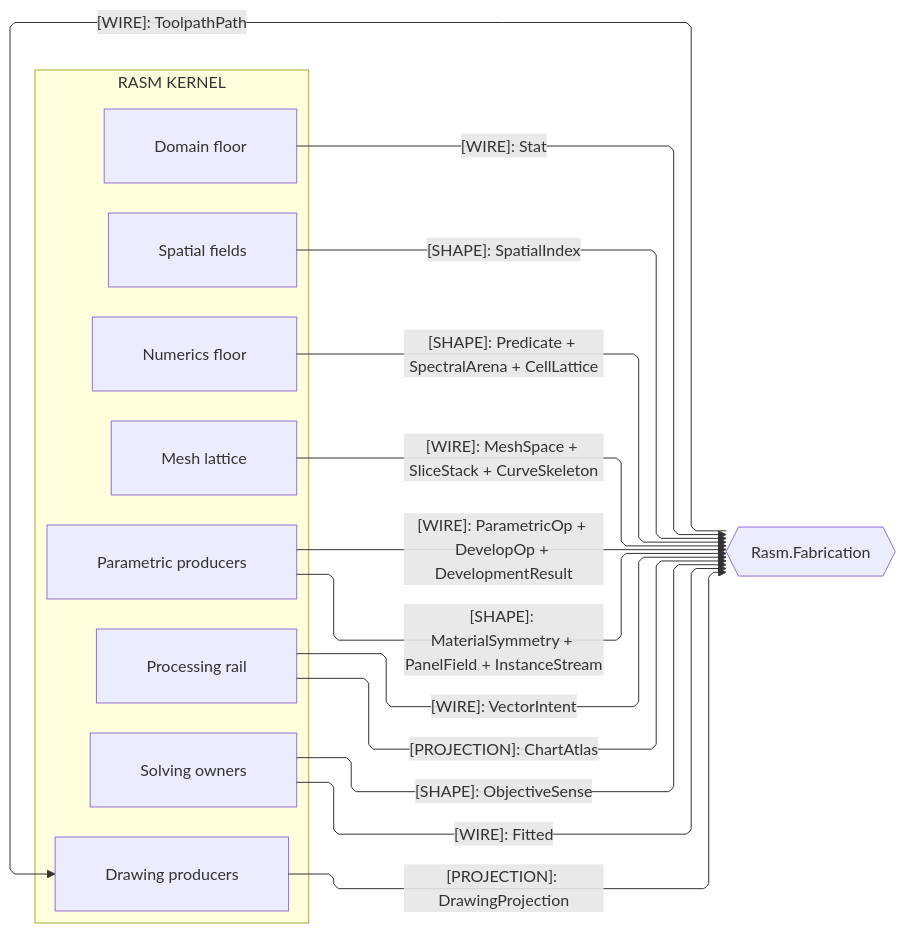
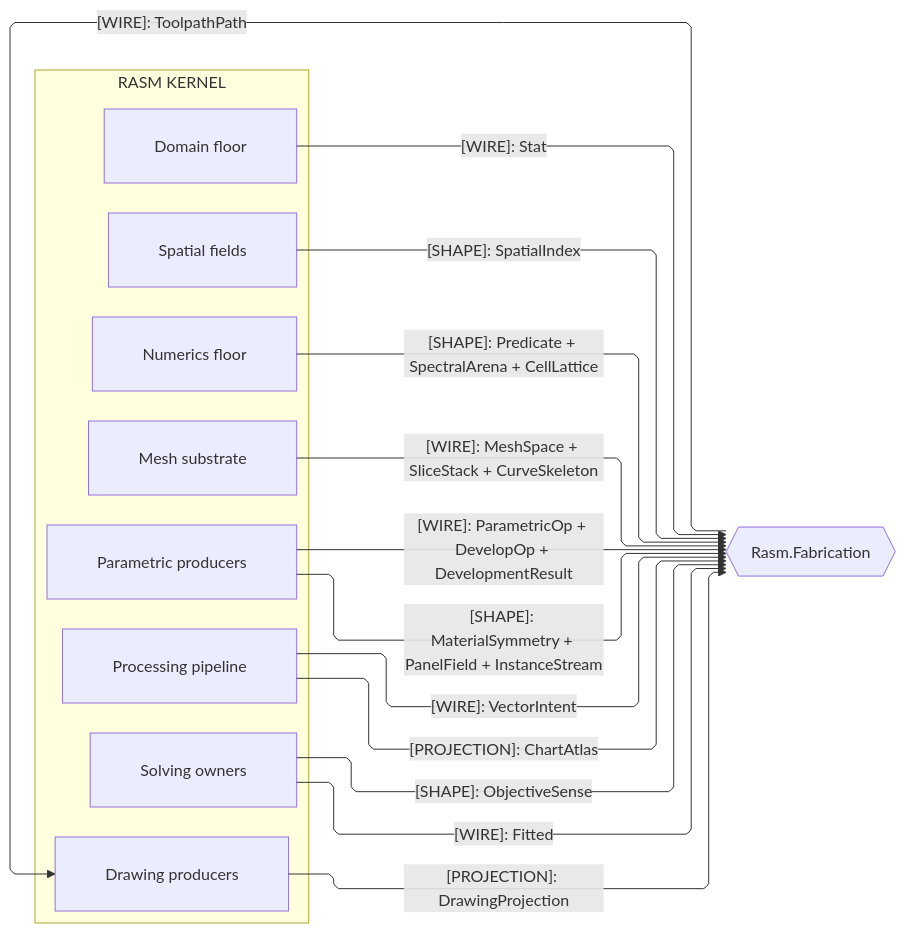
Before and after one commit to bsamiee/Rasm: the third of 4 diagrams in libs/dotnet/Rasm/ARCHITECTURE.md, drawn with Mermaid. The commit also changed other lines of this file and 1997 other files, not shown here.

````diff
--- a/libs/dotnet/Rasm/ARCHITECTURE.md
+++ b/libs/dotnet/Rasm/ARCHITECTURE.md
@@ -246,35 +246,35 @@
 ```mermaid
 ---
 config:
   layout: elk
   flowchart:
     curve: linear
     padding: 25
 ---
 flowchart LR
-    accTitle: Kernel fabrication seams
+    accTitle: Kernel fabrication boundaries
     accDescr: Kernel owners projecting substrate, algorithm, and drawing shapes to the fabrication peer and reading its posted toolpath pack back.
     subgraph rasm[RASM KERNEL]
         Domain[Domain floor]
         Spatial[Spatial fields]
         Numerics[Numerics floor]
-        Meshing[Mesh lattice]
+        Meshing[Mesh substrate]
         Parametric[Parametric producers]
-        Processing[Processing rail]
+        Processing[Processing pipeline]
         Solving[Solving owners]
         Drawing[Drawing producers]
     end
     Fabrication{{Rasm.Fabrication}}
     Domain e1@-->|"[WIRE]: Stat"| Fabrication
     Spatial e2@-->|"[SHAPE]: SpatialIndex"| Fabrication
     Numerics e3@-->|"[SHAPE]: Predicate + SpectralArena + CellLattice"| Fabrication
     Meshing e4@-->|"[WIRE]: MeshSpace + SliceStack + CurveSkeleton"| Fabrication
     Parametric e5@-->|"[WIRE]: ParametricOp + DevelopOp + DevelopmentResult"| Fabrication
     Parametric e12@-->|"[SHAPE]: MaterialSymmetry + PanelField + InstanceStream"| Fabrication
     Processing e6@-->|"[WIRE]: VectorIntent"| Fabrication
     Processing e7@-->|"[PROJECTION]: ChartAtlas"| Fabrication
     Solving e8@-->|"[SHAPE]: ObjectiveSense"| Fabrication
     Solving e9@-->|"[WIRE]: Fitted"| Fabrication
     Drawing e10@-->|"[PROJECTION]: DrawingProjection"| Fabrication
     Fabrication e11@-->|"[WIRE]: ToolpathPath"| Drawing
 ```
````
